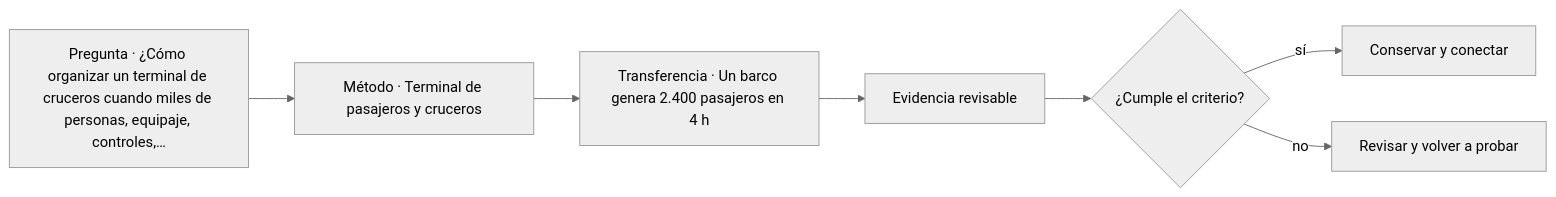
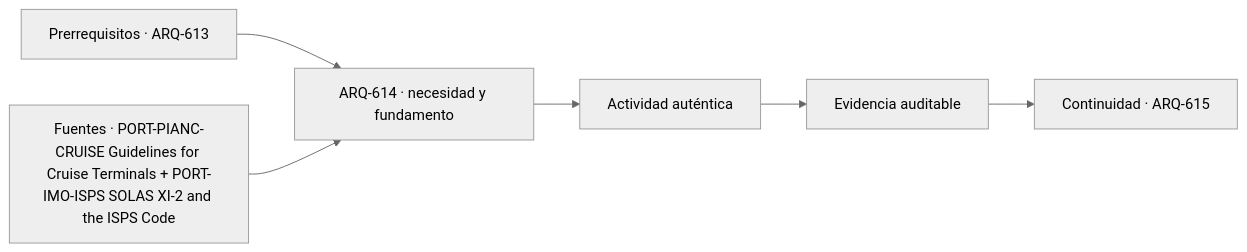
One commit to vladimiracunadev-create/architecture-built-environment-learning-program changed the diagram in classes/parte-62/ARQ-614.md. Above: the diagram before and after it, drawn with Mermaid (neutral theme). The commit also changed other lines of this file and 761 other files, not shown here.

````diff
--- a/classes/parte-62/ARQ-614.md
+++ b/classes/parte-62/ARQ-614.md
@@ -111,9 +123,8 @@
 ```mermaid
 flowchart LR
-    Q["Pregunta · ¿Cómo organizar un terminal de cruceros cuando miles de personas, equipaje, controles,…"] --> M["Método · Terminal de pasajeros y cruceros"]
-    M --> P["Transferencia · Un barco genera 2.400 pasajeros en 4 h"]
-    P --> E["Evidencia revisable"]
-    E --> C{"¿Cumple el criterio?"}
-    C -->|sí| T["Conservar y conectar"]
-    C -->|no| R["Revisar y volver a probar"]
+    A["Prerrequisitos · ARQ-613"] --> B["ARQ-614 · necesidad y fundamento"]
+    S["Fuentes · PORT-PIANC-CRUISE Guidelines for Cruise Terminals + PORT-IMO-ISPS SOLAS XI-2 and the ISPS Code"] --> B
+    B --> C["Actividad auténtica"]
+    C --> D["Evidencia auditable"]
+    D --> E["Continuidad · ARQ-615"]
 ```
````
